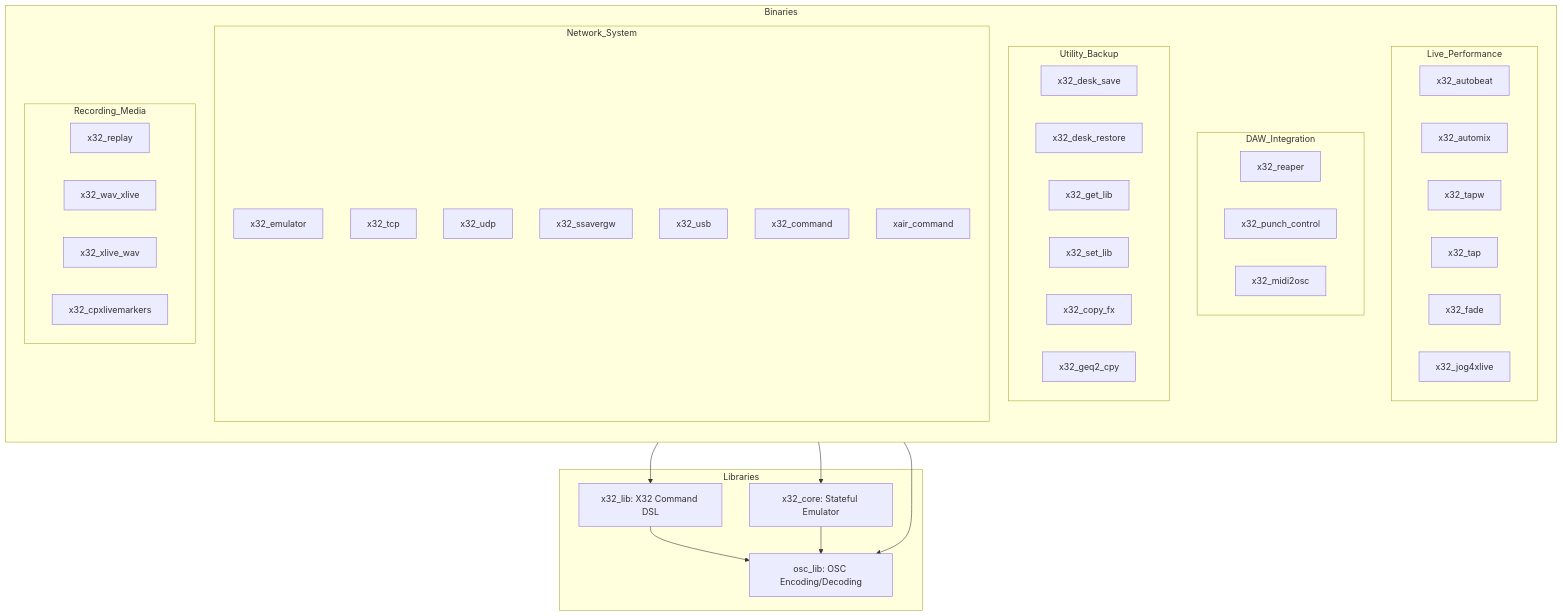
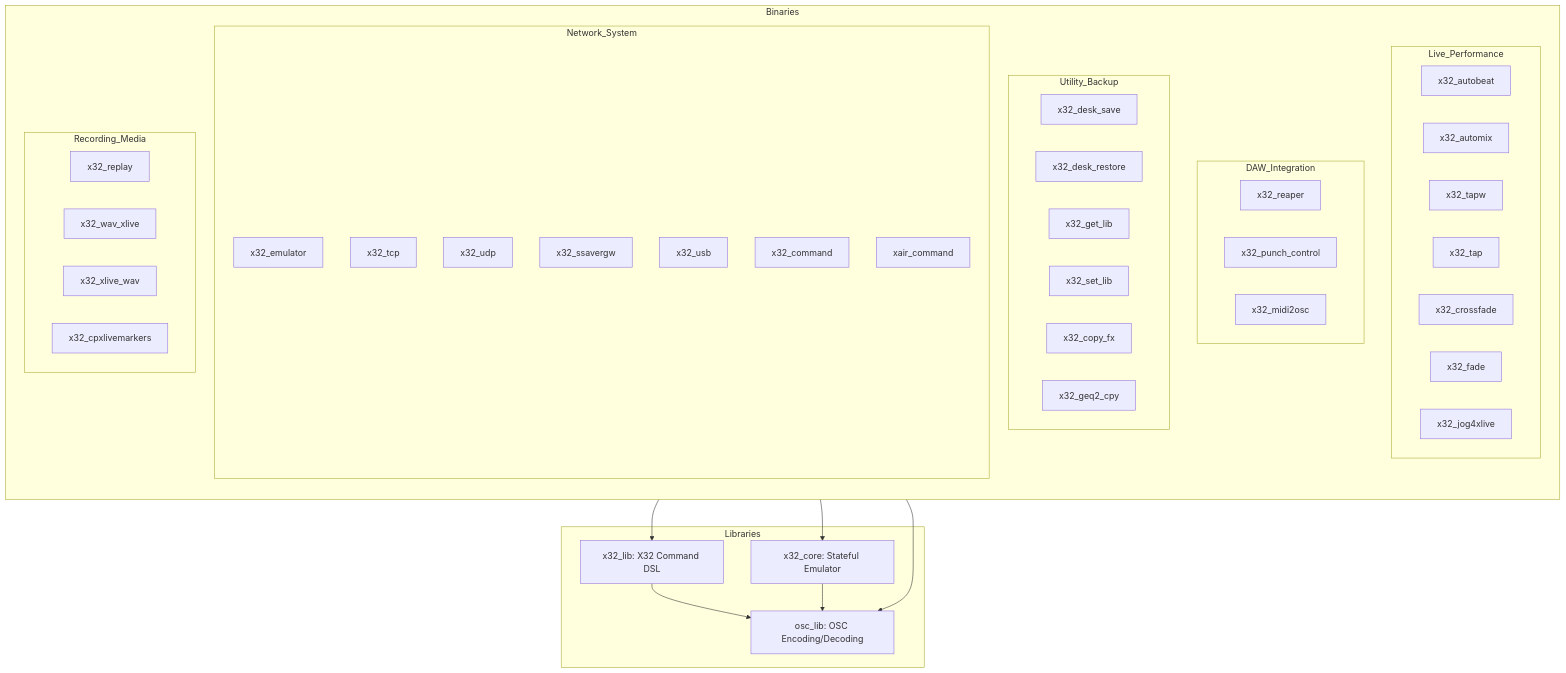
The diagram in README.md (mcelb1200/X32-Behringer-Rust), drawn with Mermaid before and after one commit. The commit also changed other lines of this file and 4 other files, not shown here.

````diff
--- a/README.md
+++ b/README.md
@@ -20,34 +20,34 @@
 ```mermaid
 graph TD;
     subgraph Libraries
         osc_lib[osc_lib: OSC Encoding/Decoding];
         x32_lib[x32_lib: X32 Command DSL];
         x32_core[x32_core: Stateful Emulator];
     end
 
     subgraph Binaries
         direction TB
         subgraph Live_Performance
-            x32_autobeat; x32_automix; x32_tapw; x32_tap; x32_fade; x32_jog4xlive;
+            x32_autobeat; x32_automix; x32_tapw; x32_tap; x32_crossfade; x32_fade; x32_jog4xlive;
         end
         subgraph DAW_Integration
             x32_reaper; x32_punch_control; x32_midi2osc;
         end
         subgraph Utility_Backup
             x32_desk_save; x32_desk_restore; x32_get_lib; x32_set_lib; x32_copy_fx; x32_geq2_cpy;
         end
         subgraph Network_System
             x32_emulator; x32_tcp; x32_udp; x32_ssavergw; x32_usb; x32_command; xair_command;
         end
         subgraph Recording_Media
             x32_replay; x32_wav_xlive; x32_xlive_wav; x32_cpxlivemarkers;
         end
     end
 
     x32_lib --> osc_lib;
     x32_core --> osc_lib;
     x32_emulator --> x32_core;
 
     Binaries --> x32_lib;
     Binaries --> osc_lib;
 ```
````
